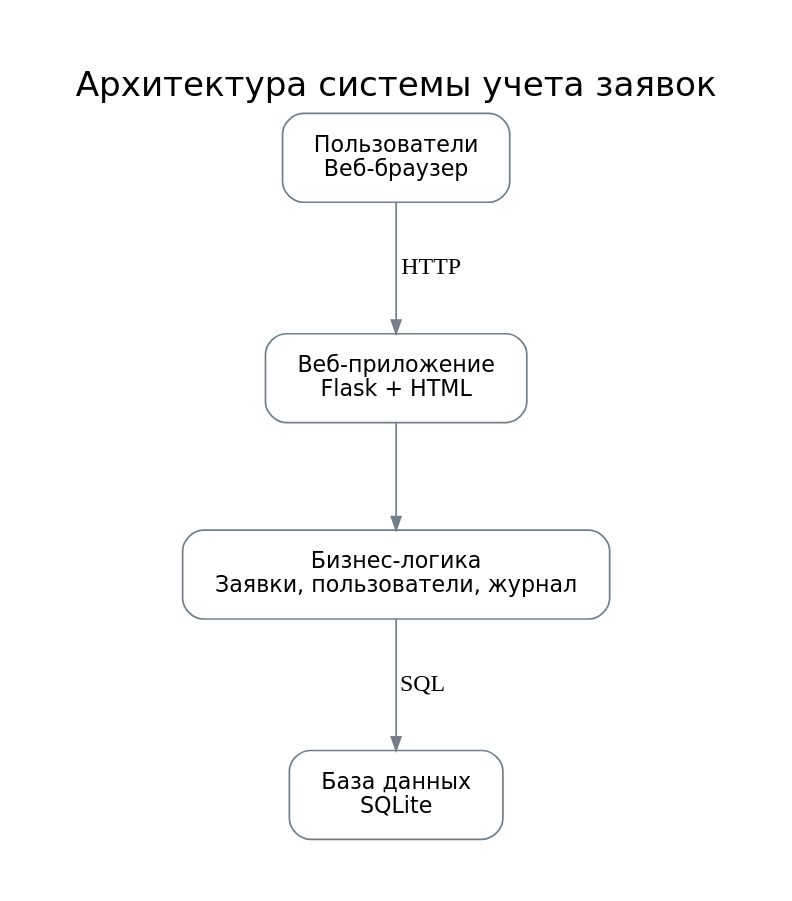
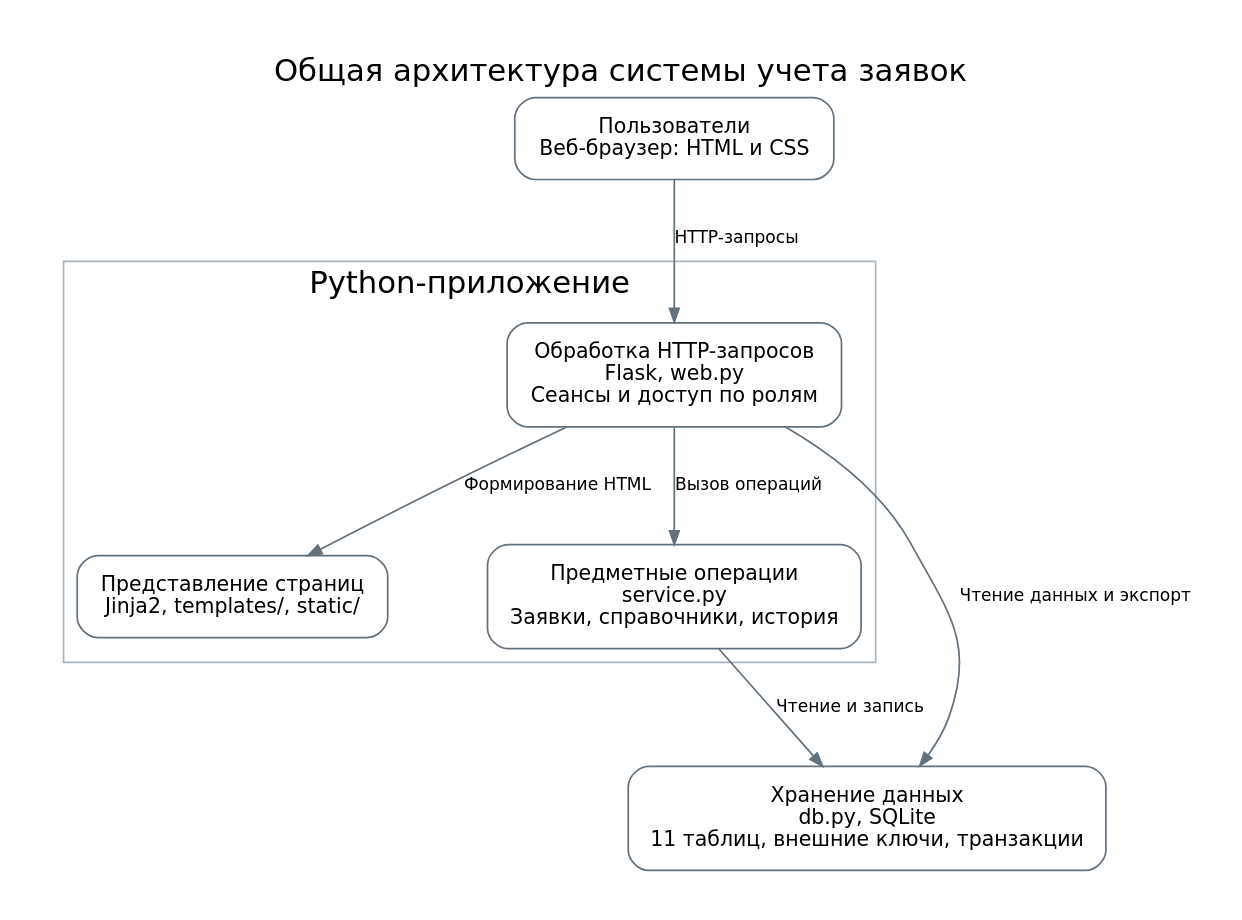
The diagram in docs/diagrams/architecture.dot (mvkorob/vkr), drawn with Graphviz before and after one commit. The commit also changed 2 other files, not shown here.

Commit message:
обновлена общая архитектурная схема приложения

```diff
--- a/docs/diagrams/architecture.dot
+++ b/docs/diagrams/architecture.dot
@@ -1,12 +1,24 @@
 digraph Architecture {
-  graph [label="Архитектура системы учета заявок", labelloc=t, fontsize=20, fontname="DejaVu Sans", rankdir=TB, nodesep=0.7, ranksep=0.85, bgcolor=white, pad="0.4"];
-  node [shape=box, style="rounded", color="#6f7d8c", fontname="DejaVu Sans", fontsize=13, margin="0.25,0.16"];
-  edge [color="#747f8a", arrowsize=0.8];
-  browser [label="Пользователи\nВеб-браузер"];
-  web [label="Веб-приложение\nFlask + HTML"];
-  business [label="Бизнес-логика\nЗаявки, пользователи, журнал"];
-  db [label="База данных\nSQLite"];
-  browser -> web [label="HTTP"];
-  web -> business;
-  business -> db [label="SQL"];
+  graph [label="Общая архитектура системы учета заявок", labelloc=t,
+    fontsize=18, fontname="DejaVu Sans", rankdir=TB, nodesep=.8,
+    ranksep=.8, bgcolor=white, pad=.3];
+  node [shape=box, style=rounded, fontname="DejaVu Sans", fontsize=12,
+    margin="0.2,0.15", color="#62717e"];
+  edge [fontname="DejaVu Sans", fontsize=10, color="#62717e", arrowsize=.8];
+  browser [label="Пользователи\nВеб-браузер: HTML и CSS"];
+  subgraph cluster_app {
+    label="Python-приложение";
+    fontname="DejaVu Sans";
+    color="#aab4be";
+    web [label="Обработка HTTP-запросов\nFlask, web.py\nСеансы и доступ по ролям"];
+    templates [label="Представление страниц\nJinja2, templates/, static/"];
+    business [label="Предметные операции\nservice.py\nЗаявки, справочники, история"];
+    {rank=same; templates; business;}
+  }
+  db [label="Хранение данных\ndb.py, SQLite\n11 таблиц, внешние ключи, транзакции"];
+  browser -> web [label="HTTP-запросы"];
+  web -> templates [label="Формирование HTML"];
+  web -> business [label="Вызов операций"];
+  business -> db [label="Чтение и запись"];
+  web -> db [label="Чтение данных и экспорт"];
 }
```
